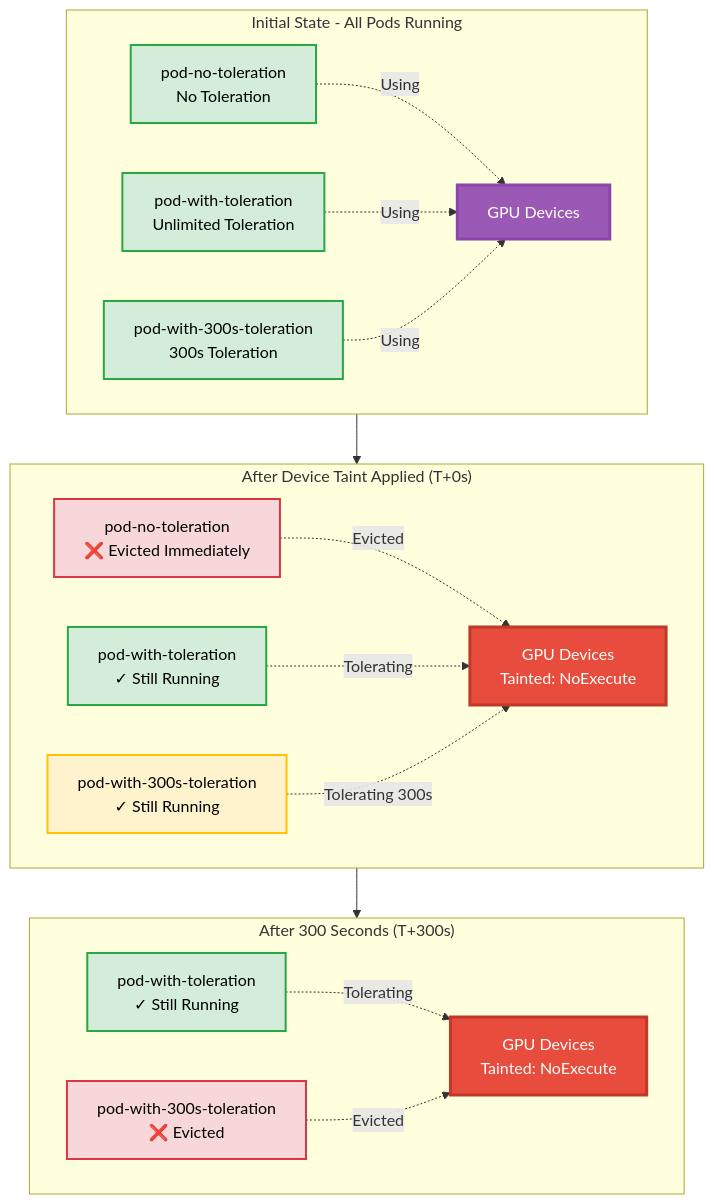
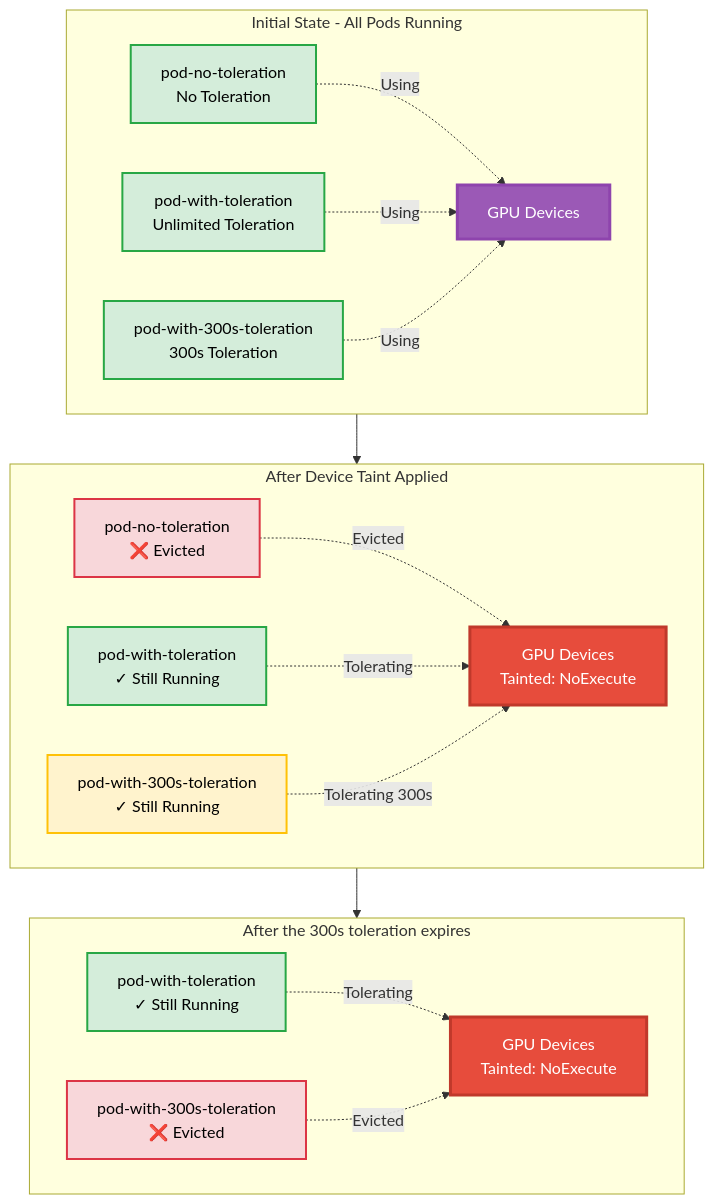
Before and after one commit to kubernetes-sigs/dra-example-driver: the diagram in demo/examples/device-taints-tolerations/device-taint-configurable-pod-eviction-time/README.md, drawn with Mermaid. The commit also changed other lines of this file and 7 other files, not shown here.

First line of the commit message:
Fix device taint example manifests and walkthroughs

````diff
--- a/demo/examples/device-taints-tolerations/device-taint-configurable-pod-eviction-time/README.md
+++ b/demo/examples/device-taints-tolerations/device-taint-configurable-pod-eviction-time/README.md
@@ -14,45 +14,45 @@
 ```mermaid
 graph TD
     subgraph Initial["Initial State - All Pods Running"]
         P1[pod-no-toleration<br/>No Toleration]
         P2[pod-with-toleration<br/>Unlimited Toleration]
         P3[pod-with-300s-toleration<br/>300s Toleration]
         G1[GPU Devices]
         P1 -.->|Using| G1
         P2 -.->|Using| G1
         P3 -.->|Using| G1
     end
     
-    subgraph AfterTaint["After Device Taint Applied (T+0s)"]
-        P1E[pod-no-toleration<br/>❌ Evicted Immediately]
+    subgraph AfterTaint["After Device Taint Applied"]
+        P1E[pod-no-toleration<br/>❌ Evicted]
         P2R[pod-with-toleration<br/>✓ Still Running]
         P3R[pod-with-300s-toleration<br/>✓ Still Running]
         G1T[GPU Devices<br/>Tainted: NoExecute]
         P1E -.->|Evicted| G1T
         P2R -.->|Tolerating| G1T
         P3R -.->|Tolerating 300s| G1T
     end
     
-    subgraph After300s["After 300 Seconds (T+300s)"]
+    subgraph After300s["After the 300s toleration expires"]
         P2S[pod-with-toleration<br/>✓ Still Running]
         P3E[pod-with-300s-toleration<br/>❌ Evicted]
         G1T2[GPU Devices<br/>Tainted: NoExecute]
         P2S -.->|Tolerating| G1T2
         P3E -.->|Evicted| G1T2
     end
     
     Initial --> AfterTaint
     AfterTaint --> After300s
     
     style P1 fill:#d4edda,color:#000,stroke:#28a745,stroke-width:2px
     style P2 fill:#d4edda,color:#000,stroke:#28a745,stroke-width:2px
     style P3 fill:#d4edda,color:#000,stroke:#28a745,stroke-width:2px
     style P1E fill:#f8d7da,color:#000,stroke:#dc3545,stroke-width:2px
     style P2R fill:#d4edda,color:#000,stroke:#28a745,stroke-width:2px
     style P3R fill:#fff3cd,color:#000,stroke:#ffc107,stroke-width:2px
     style P2S fill:#d4edda,color:#000,stroke:#28a745,stroke-width:2px
     style P3E fill:#f8d7da,color:#000,stroke:#dc3545,stroke-width:2px
     style G1 fill:#9b59b6,color:#fff,stroke:#8e44ad,stroke-width:3px
     style G1T fill:#e74c3c,color:#fff,stroke:#c0392b,stroke-width:3px
     style G1T2 fill:#e74c3c,color:#fff,stroke:#c0392b,stroke-width:3px
 ```
````
